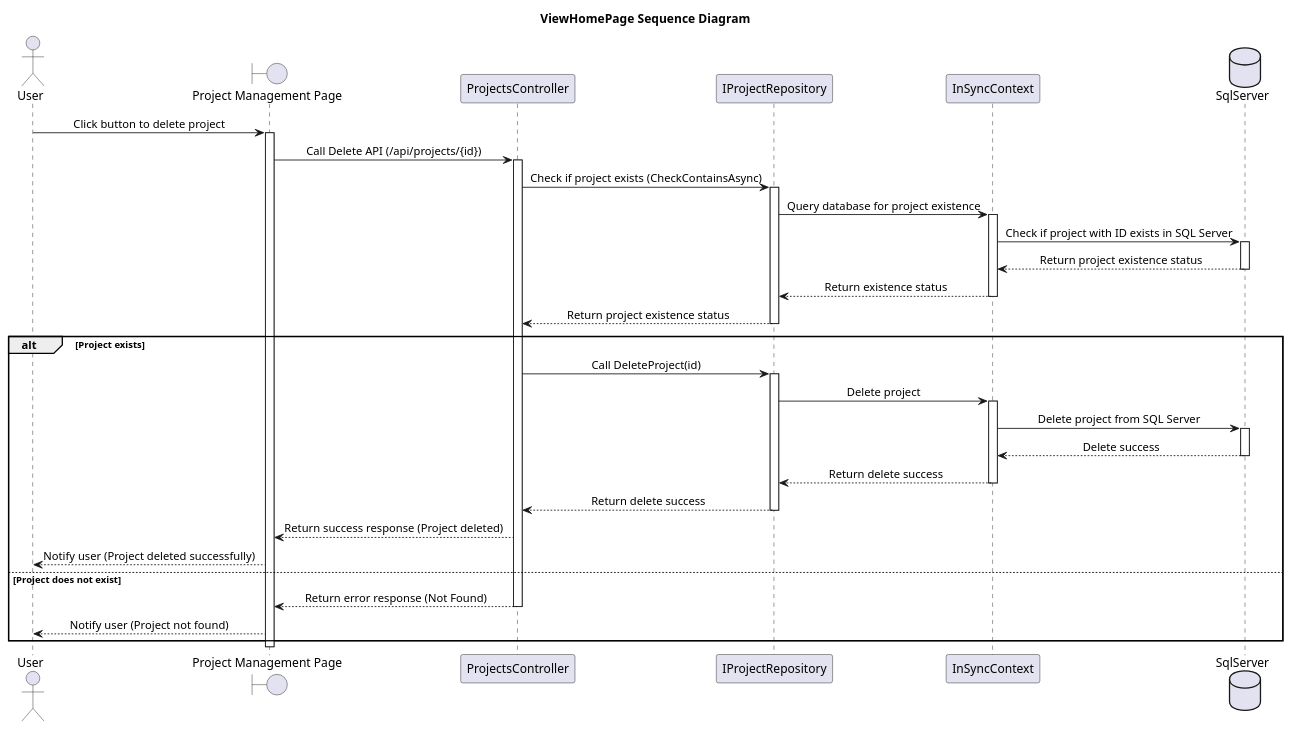
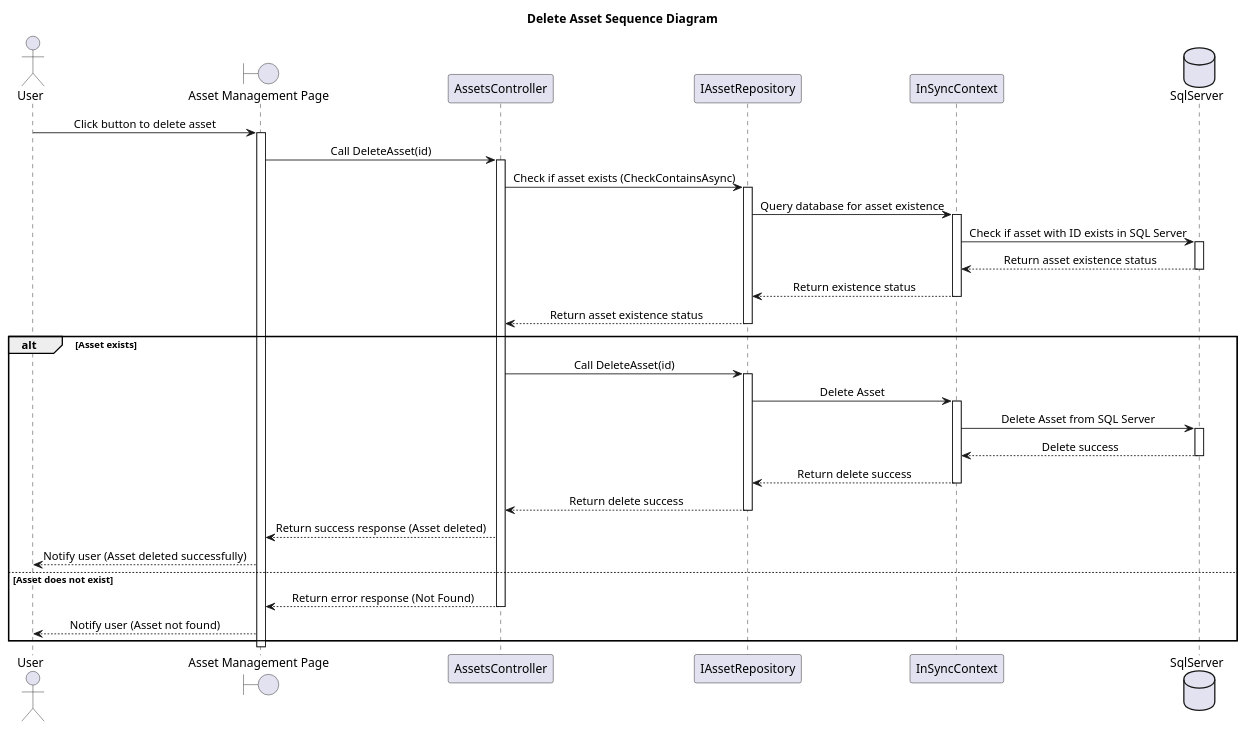
Before and after one commit to Caothuludau/InSyncDocument: the diagram in ClassDiagram/AssetManagement/DeleteAssetSequenceDiagram.plantuml, drawn with PlantUML. The commit also changed 19 other files, not shown here.

```diff
--- a/ClassDiagram/AssetManagement/DeleteAssetSequenceDiagram.plantuml
+++ b/ClassDiagram/AssetManagement/DeleteAssetSequenceDiagram.plantuml
@@ -1,55 +1,55 @@
-@startuml ViewHomePageSequenceDiagram
+@startuml DeleteAssetSequenceDiagram
 skinparam classAttributeIconSize 0
 skinparam SequenceMessageAlignment center
-Title ViewHomePage Sequence Diagram
+Title Delete Asset Sequence Diagram
 
 actor "User" as U
-boundary "Project Management Page" as Hp
-participant "ProjectsController" as ProController
-participant "IProjectRepository" as IProRepo
+boundary "Asset Management Page" as Hp
+participant "AssetsController" as ProController
+participant "IAssetRepository" as IProRepo
 participant "InSyncContext" as ISContext
 database "SqlServer" as Db
 
-U -> Hp : Click button to delete project
+U -> Hp : Click button to delete asset
 activate Hp
 
-Hp -> ProController : Call Delete API (/api/projects/{id})
+Hp -> ProController : Call DeleteAsset(id)
 activate ProController
 
-ProController -> IProRepo : Check if project exists (CheckContainsAsync)
+ProController -> IProRepo : Check if asset exists (CheckContainsAsync)
 activate IProRepo
-IProRepo -> ISContext : Query database for project existence
+IProRepo -> ISContext : Query database for asset existence
 activate ISContext
-ISContext -> Db : Check if project with ID exists in SQL Server
+ISContext -> Db : Check if asset with ID exists in SQL Server
 activate Db
-Db --> ISContext : Return project existence status
+Db --> ISContext : Return asset existence status
 deactivate Db
 ISContext --> IProRepo : Return existence status
 deactivate ISContext
-IProRepo --> ProController : Return project existence status
+IProRepo --> ProController : Return asset existence status
 deactivate IProRepo
 
-alt Project exists
-    ProController -> IProRepo : Call DeleteProject(id)
+alt Asset exists
+    ProController -> IProRepo : Call DeleteAsset(id)
     activate IProRepo
-    IProRepo -> ISContext : Delete project
+    IProRepo -> ISContext : Delete Asset
     activate ISContext
-    ISContext -> Db : Delete project from SQL Server
+    ISContext -> Db : Delete Asset from SQL Server
     activate Db
     Db --> ISContext : Delete success
     deactivate Db
     ISContext --> IProRepo : Return delete success
     deactivate ISContext
     IProRepo --> ProController : Return delete success
     deactivate IProRepo
-    ProController --> Hp : Return success response (Project deleted)
+    ProController --> Hp : Return success response (Asset deleted)
     
-    Hp --> U : Notify user (Project deleted successfully)
-else Project does not exist
+    Hp --> U : Notify user (Asset deleted successfully)
+else Asset does not exist
     ProController --> Hp : Return error response (Not Found)
     deactivate ProController
-    Hp --> U : Notify user (Project not found)
+    Hp --> U : Notify user (Asset not found)
 end
 
 deactivate Hp
 @enduml
```
